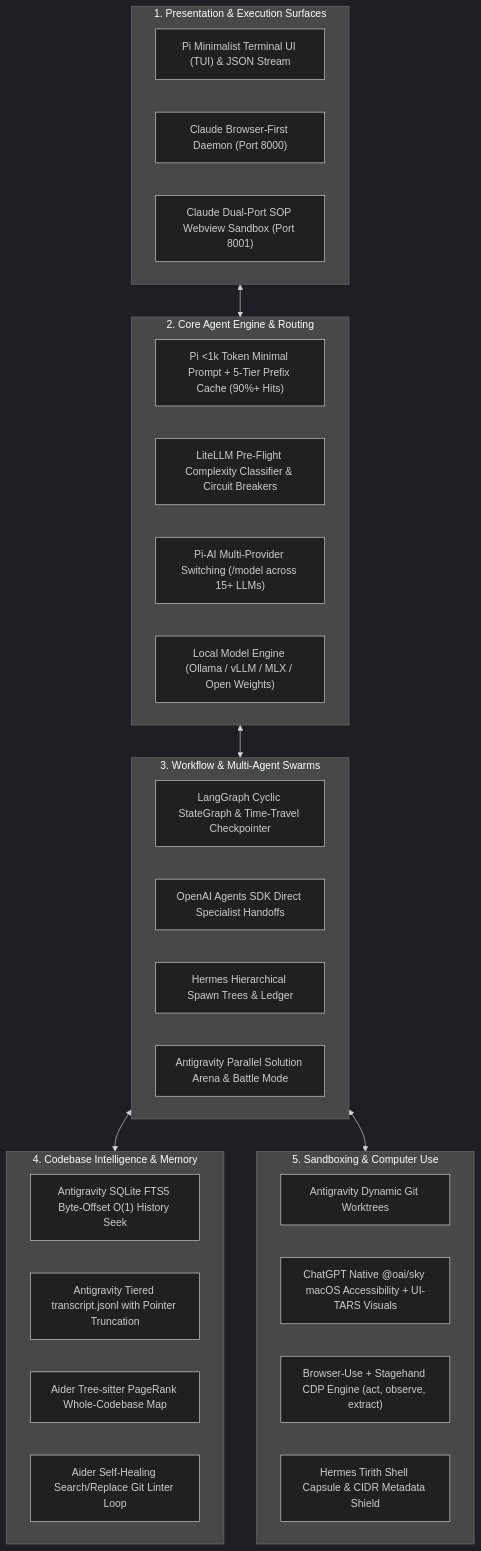
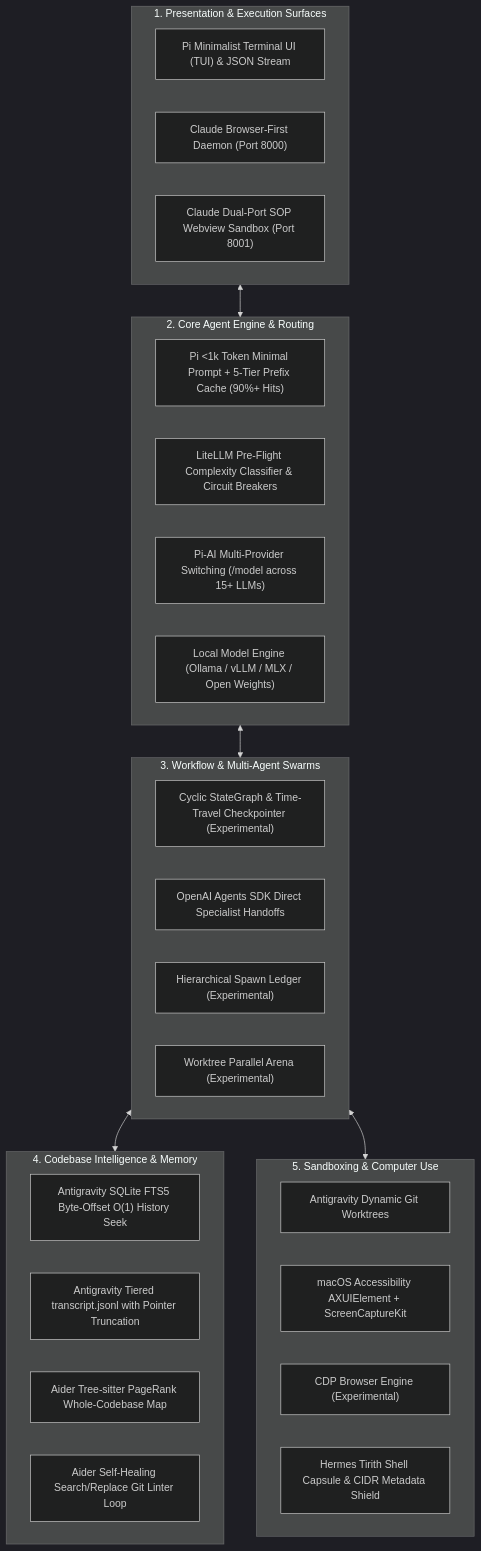
Before and after one commit to knarayanareddy/Harness-Zero: the diagram in README.md, drawn with Mermaid (dark theme). The commit also changed other lines of this file and 16 other files, not shown here.

Commit message:
refactor(EXP-01): quarantine prototype orchestration and browser engines to experimental

````diff
--- a/README.md
+++ b/README.md
@@ -12,41 +12,41 @@
 ```mermaid
 flowchart TD
     subgraph UI ["1. Presentation & Execution Surfaces"]
         TUI["Pi Minimalist Terminal UI (TUI) & JSON Stream"]
         WEB["Claude Browser-First Daemon (Port 8000)"]
         SOP_SANDBOX["Claude Dual-Port SOP Webview Sandbox (Port 8001)"]
     end
 
     subgraph Core ["2. Core Agent Engine & Routing"]
         PROMPT["Pi <1k Token Minimal Prompt + 5-Tier Prefix Cache (90%+ Hits)"]
         ROUTER["LiteLLM Pre-Flight Complexity Classifier & Circuit Breakers"]
         MODELS["Pi-AI Multi-Provider Switching (/model across 15+ LLMs)"]
         BYOK["Local Model Engine (Ollama / vLLM / MLX / Open Weights)"]
     end
 
     subgraph Orchestration ["3. Workflow & Multi-Agent Swarms"]
-        STATE_GRAPH["LangGraph Cyclic StateGraph & Time-Travel Checkpointer"]
+        STATE_GRAPH["Cyclic StateGraph & Time-Travel Checkpointer (Experimental)"]
         HANDOFFS["OpenAI Agents SDK Direct Specialist Handoffs"]
-        SPAWN_TREE["Hermes Hierarchical Spawn Trees & Ledger"]
-        BATTLE["Antigravity Parallel Solution Arena & Battle Mode"]
+        SPAWN_TREE["Hierarchical Spawn Ledger (Experimental)"]
+        BATTLE["Worktree Parallel Arena (Experimental)"]
     end
 
     subgraph Memory ["4. Codebase Intelligence & Memory"]
         FTS5["Antigravity SQLite FTS5 Byte-Offset O(1) History Seek"]
         TRANSCRIPT["Antigravity Tiered transcript.jsonl with Pointer Truncation"]
         REPOMAP["Aider Tree-sitter PageRank Whole-Codebase Map"]
         DIFF_LOOP["Aider Self-Healing Search/Replace Git Linter Loop"]
     end
 
     subgraph Automation ["5. Sandboxing & Computer Use"]
         WORKTREES["Antigravity Dynamic Git Worktrees"]
-        DESKTOP["ChatGPT Native @oai/sky macOS Accessibility + UI-TARS Visuals"]
-        BROWSER["Browser-Use + Stagehand CDP Engine (act, observe, extract)"]
+        DESKTOP["macOS Accessibility AXUIElement + ScreenCaptureKit"]
+        BROWSER["CDP Browser Engine (Experimental)"]
         SECURITY["Hermes Tirith Shell Capsule & CIDR Metadata Shield"]
     end
 
     UI <--> Core
     Core <--> Orchestration
     Orchestration <--> Memory
     Orchestration <--> Automation
 ```
````
